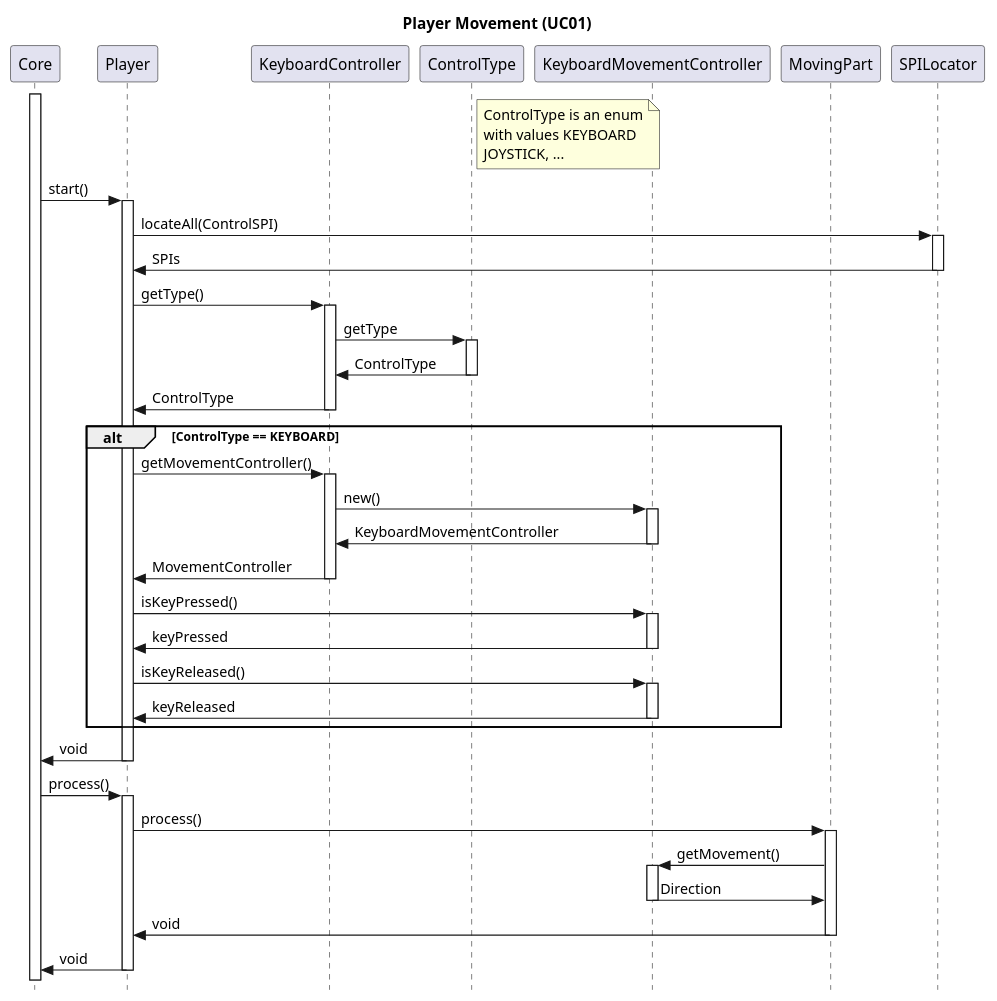
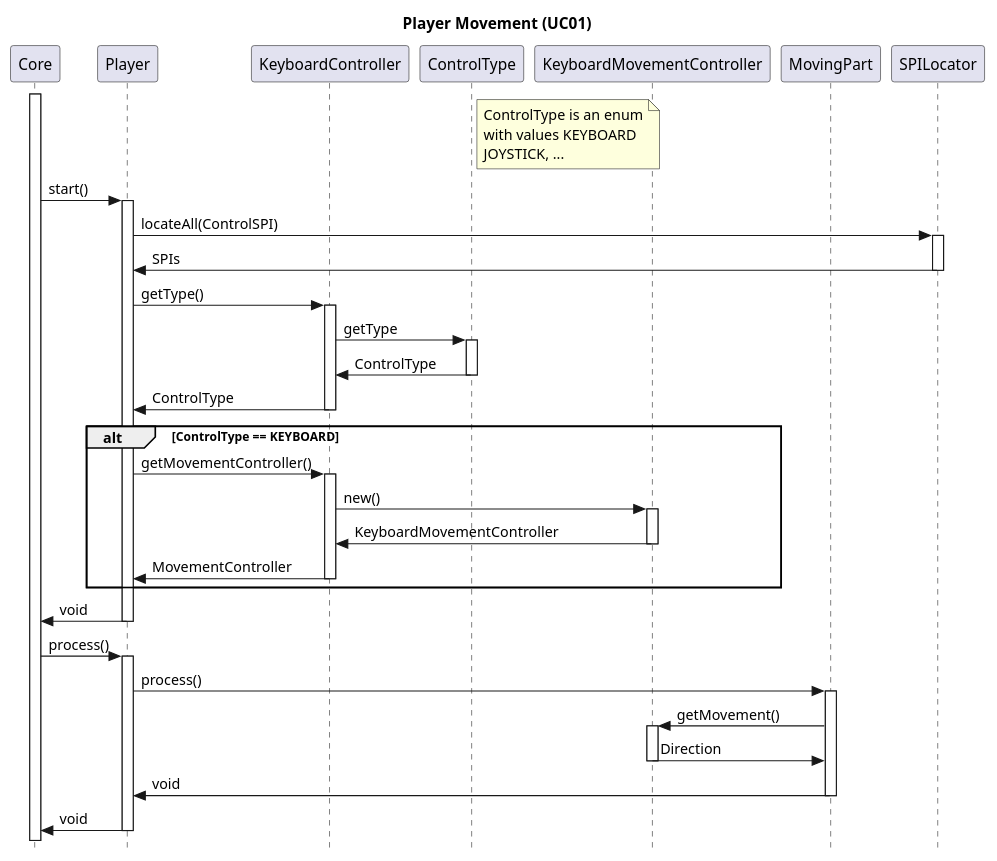
Before and after one commit to sesem4/Nelda: the diagram in docs/diagrams/SequenceDiagrams/PlayerMovement.puml, drawn with PlantUML.

Commit message:
Removed key handling in player start

```diff
--- a/docs/diagrams/SequenceDiagrams/PlayerMovement.puml
+++ b/docs/diagrams/SequenceDiagrams/PlayerMovement.puml
@@ -61,68 +61,68 @@
 @startuml Player Movement (UC01)
 skinparam style strictuml
 title Player Movement (UC01)
 
 participant Core
 participant Player
 participant KeyboardController
 participant ControlType
 note right of ControlType
         ControlType is an enum
         with values KEYBOARD
         JOYSTICK, ...
 end note
 participant KeyboardMovementController
 participant MovingPart
 participant SPILocator
 
 activate Core
 Core -> Player : start()
 activate Player
 Player -> SPILocator : locateAll(ControlSPI)
 activate SPILocator
 SPILocator -> Player : SPIs
 deactivate SPILocator
 
 Player -> KeyboardController : getType()
 activate KeyboardController
 KeyboardController -> ControlType : getType
 activate ControlType
 ControlType -> KeyboardController : ControlType
 deactivate ControlType
 KeyboardController -> Player : ControlType
 deactivate KeyboardController
 
 
 alt ControlType == KEYBOARD
 Player -> KeyboardController : getMovementController()
 activate KeyboardController
 KeyboardController -> KeyboardMovementController : new()
 activate KeyboardMovementController
 KeyboardMovementController -> KeyboardController : KeyboardMovementController
 deactivate KeyboardMovementController
 KeyboardController -> Player : MovementController
 deactivate KeyboardController
-Player -> KeyboardMovementController : isKeyPressed()
-activate KeyboardMovementController
-KeyboardMovementController -> Player : keyPressed
-deactivate KeyboardMovementController
-Player -> KeyboardMovementController : isKeyReleased()
-activate KeyboardMovementController
-KeyboardMovementController -> Player : keyReleased
-deactivate KeyboardMovementController
+' Player -> KeyboardMovementController : isKeyPressed()
+' activate KeyboardMovementController
+' KeyboardMovementController -> Player : keyPressed
+' deactivate KeyboardMovementController
+' Player -> KeyboardMovementController : isKeyReleased()
+' activate KeyboardMovementController
+' KeyboardMovementController -> Player : keyReleased
+' deactivate KeyboardMovementController
 end alt
 Player -> Core : void
 deactivate Player
 Core -> Player : process()
 activate Player
 Player -> MovingPart : process()
 activate MovingPart
 MovingPart -> KeyboardMovementController : getMovement()
 activate KeyboardMovementController
 KeyboardMovementController -> MovingPart : Direction
 deactivate KeyboardMovementController
 MovingPart -> Player : void
 deactivate MovingPart
 Player -> Core : void
 deactivate Player
 @enduml
```
